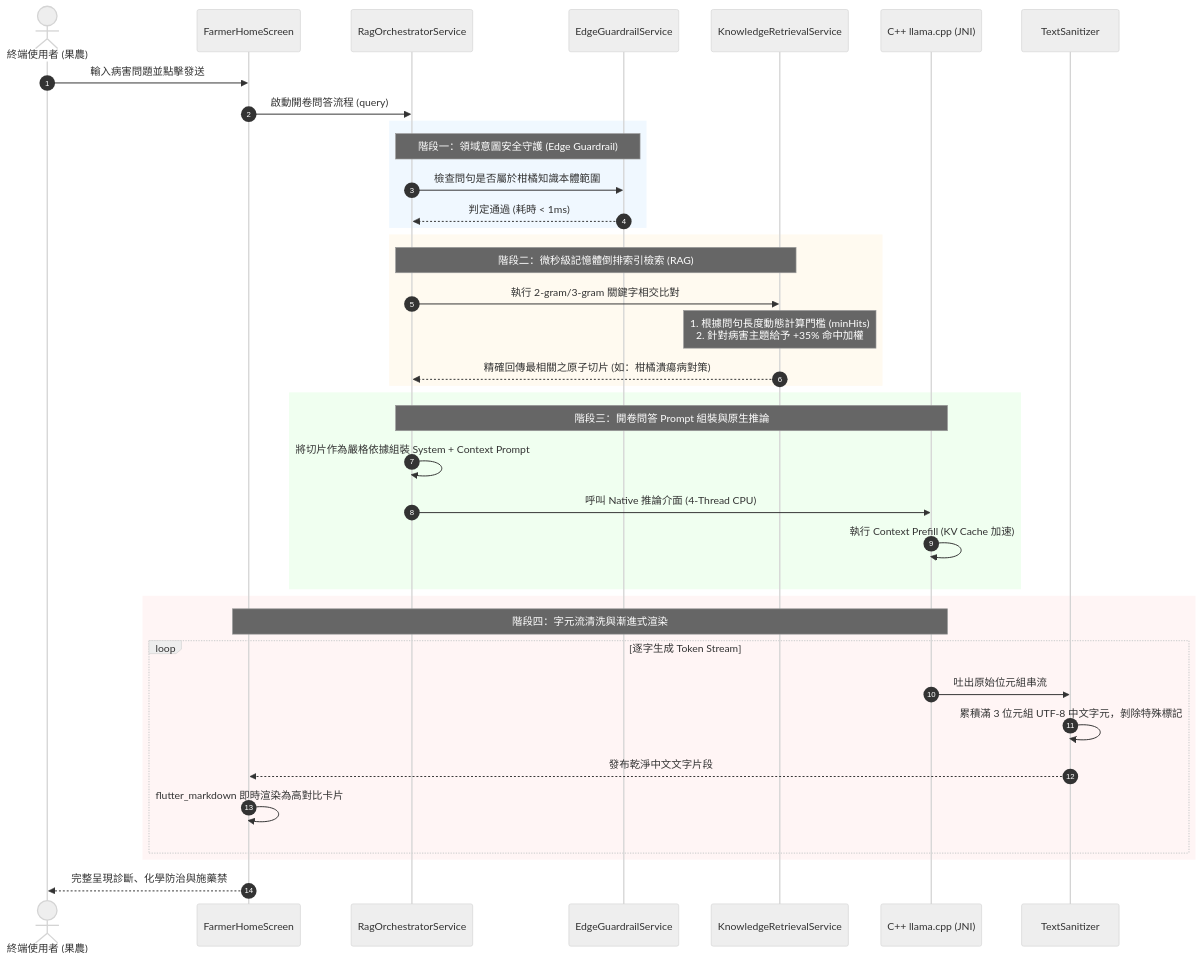
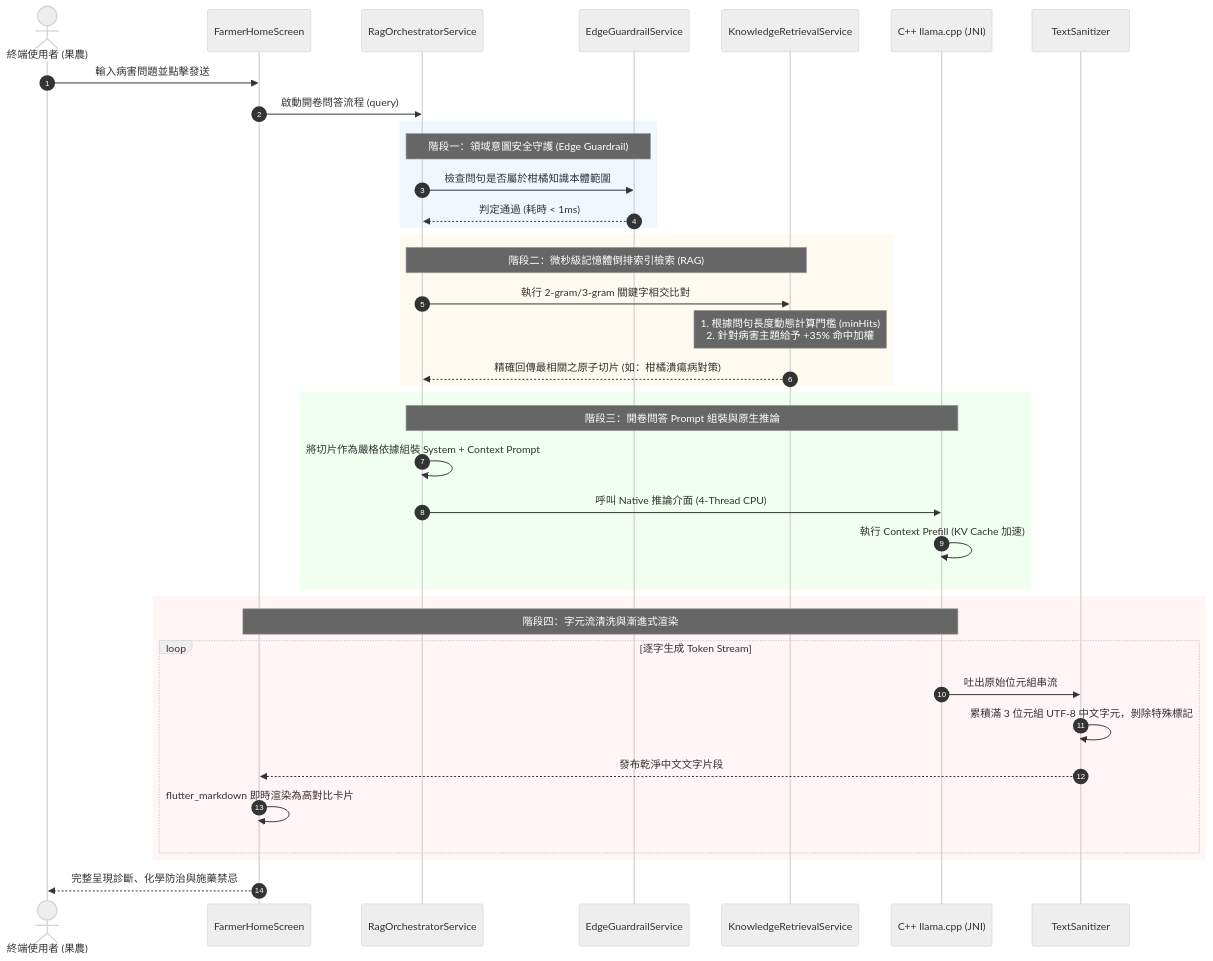
The second of 2 diagrams in 植物病蟲害辨識 (115資工四A)/RAG向量資料庫/架構設計.md (OneLeaf-dx/report), drawn with Mermaid (neutral theme) before and after one commit. The commit also changed other lines of this file and 3 other files, not shown here.

````diff
--- a/植物病蟲害辨識 (115資工四A)/RAG向量資料庫/架構設計.md
+++ b/植物病蟲害辨識 (115資工四A)/RAG向量資料庫/架構設計.md
@@ -136,46 +136,46 @@
 ```mermaid
 sequenceDiagram
     autonumber
     actor Farmer as 終端使用者 (果農)
     participant UI as FarmerHomeScreen
     participant Orch as RagOrchestratorService
     participant Guard as EdgeGuardrailService
     participant Retr as KnowledgeRetrievalService
     participant Engine as C++ llama.cpp (JNI)
     participant Sani as TextSanitizer
 
     Farmer->>UI: 輸入病害問題並點擊發送
     UI->>Orch: 啟動開卷問答流程 (query)
     
     rect rgb(240, 248, 255)
     Note over Orch,Guard: 階段一：領域意圖安全守護 (Edge Guardrail)
     Orch->>Guard: 檢查問句是否屬於柑橘知識本體範圍
     Guard-->>Orch: 判定通過 (耗時 < 1ms)
     end
 
     rect rgb(255, 250, 240)
     Note over Orch,Retr: 階段二：微秒級記憶體倒排索引檢索 (RAG)
     Orch->>Retr: 執行 2-gram/3-gram 關鍵字相交比對
     Note over Retr: 1. 根據問句長度動態計算門檻 (minHits)<br/>2. 針對病害主題給予 +35% 命中加權
     Retr-->>Orch: 精確回傳最相關之原子切片 (如：柑橘潰瘍病對策)
     end
 
     rect rgb(240, 255, 240)
     Note over Orch,Engine: 階段三：開卷問答 Prompt 組裝與原生推論
     Orch->>Orch: 將切片作為嚴格依據組裝 System + Context Prompt
     Orch->>Engine: 呼叫 Native 推論介面 (4-Thread CPU)
     Engine->>Engine: 執行 Context Prefill (KV Cache 加速)
     end
 
     rect rgb(255, 245, 245)
     Note over Engine,UI: 階段四：字元流清洗與漸進式渲染
     loop 逐字生成 Token Stream
         Engine->>Sani: 吐出原始位元組串流
         Sani->>Sani: 累積滿 3 位元組 UTF-8 中文字元，剝除特殊標記
         Sani-->>UI: 發布乾淨中文文字片段
         UI->>UI: flutter_markdown 即時渲染為高對比卡片
     end
     end
     
-    UI-->>Farmer: 完整呈現診斷、化學防治與施藥禁
+    UI-->>Farmer: 完整呈現診斷、化學防治與施藥禁忌
 ```
````
